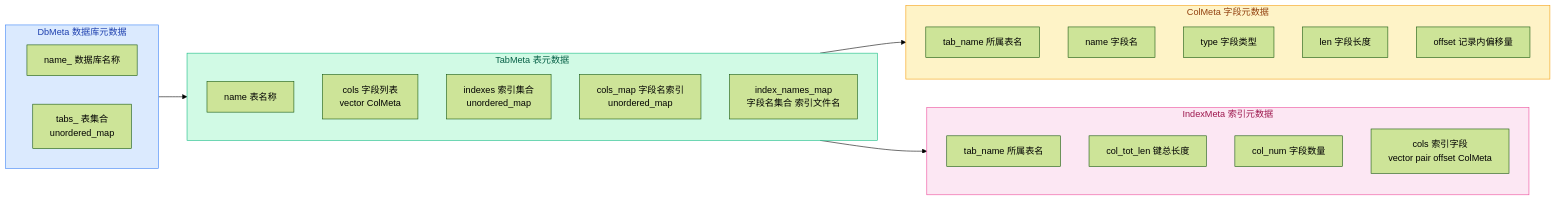
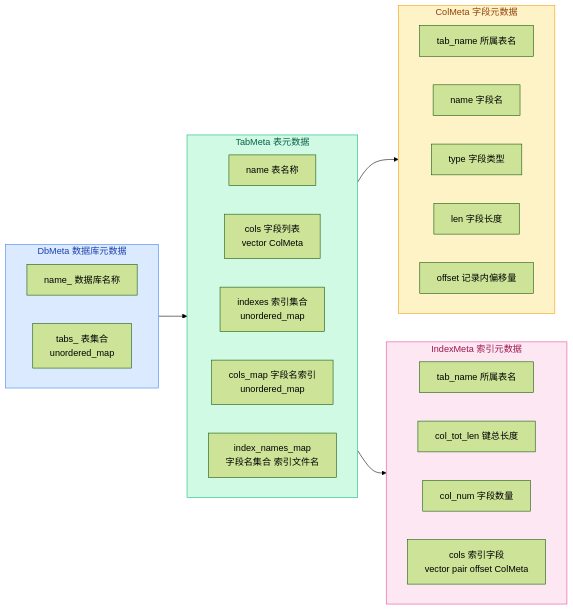
The first of 2 diagrams in my-analysis/04-system-layer/02-system-data-structures.md (Dorian7Alden/RMDB-2024-Analyze), drawn with Mermaid (forest theme) before and after one commit. The commit also changed other lines of this file and 10 other files, not shown here.

````diff
--- a/my-analysis/04-system-layer/02-system-data-structures.md
+++ b/my-analysis/04-system-layer/02-system-data-structures.md
@@ -9,39 +9,42 @@
 ```mermaid
 flowchart LR
     subgraph db["DbMeta 数据库元数据"]
         direction LR
         style db fill:#dbeafe,stroke:#3b82f6,color:#1e40af
         NAME["name_ 数据库名称"]
         TABS["tabs_ 表集合<br/>unordered_map<string, TabMeta>"]
     end
 
     subgraph tab["TabMeta 表元数据"]
+        direction LR
         style tab fill:#d1fae5,stroke:#10b981,color:#065f46
         TNAME["name 表名称"]
         COLS["cols 字段列表<br/>vector ColMeta"]
         INDEXES["indexes 索引集合<br/>unordered_map<string, IndexMeta>"]
         COLSMAP["cols_map 字段名索引<br/>unordered_map<string, size_t>"]
         IXNAMES["index_names_map<br/>字段名集合 索引文件名"]
     end
 
     subgraph col["ColMeta 字段元数据"]
+        direction LR
         style col fill:#fef3c7,stroke:#f59e0b,color:#92400e
         CTAB["tab_name 所属表名"]
         CNAME["name 字段名"]
         CTYPE["type 字段类型"]
         CLEN["len 字段长度"]
         COFF["offset 记录内偏移量"]
     end
 
     subgraph ix["IndexMeta 索引元数据"]
+        direction LR
         style ix fill:#fce7f3,stroke:#ec4899,color:#9d174d
         ITAB["tab_name 所属表名"]
         ITLEN["col_tot_len 键总长度"]
         INUM["col_num 字段数量"]
         ICOLS["cols 索引字段<br/>vector pair offset ColMeta"]
     end
 
     db --> tab
     tab --> col
     tab --> ix
 ```
````
